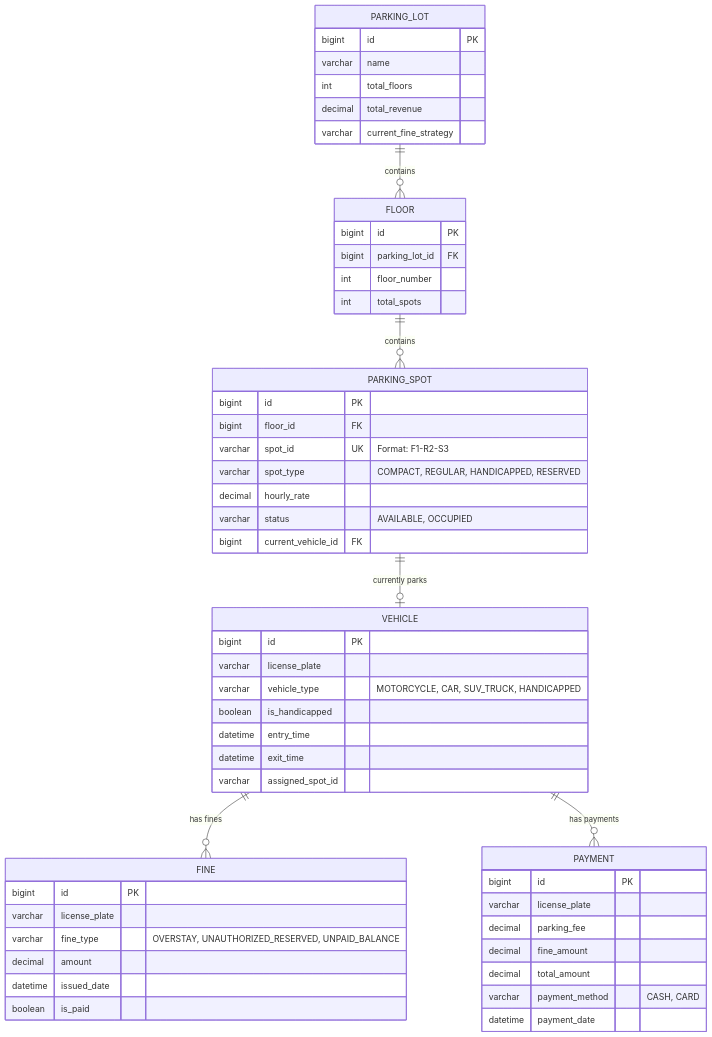
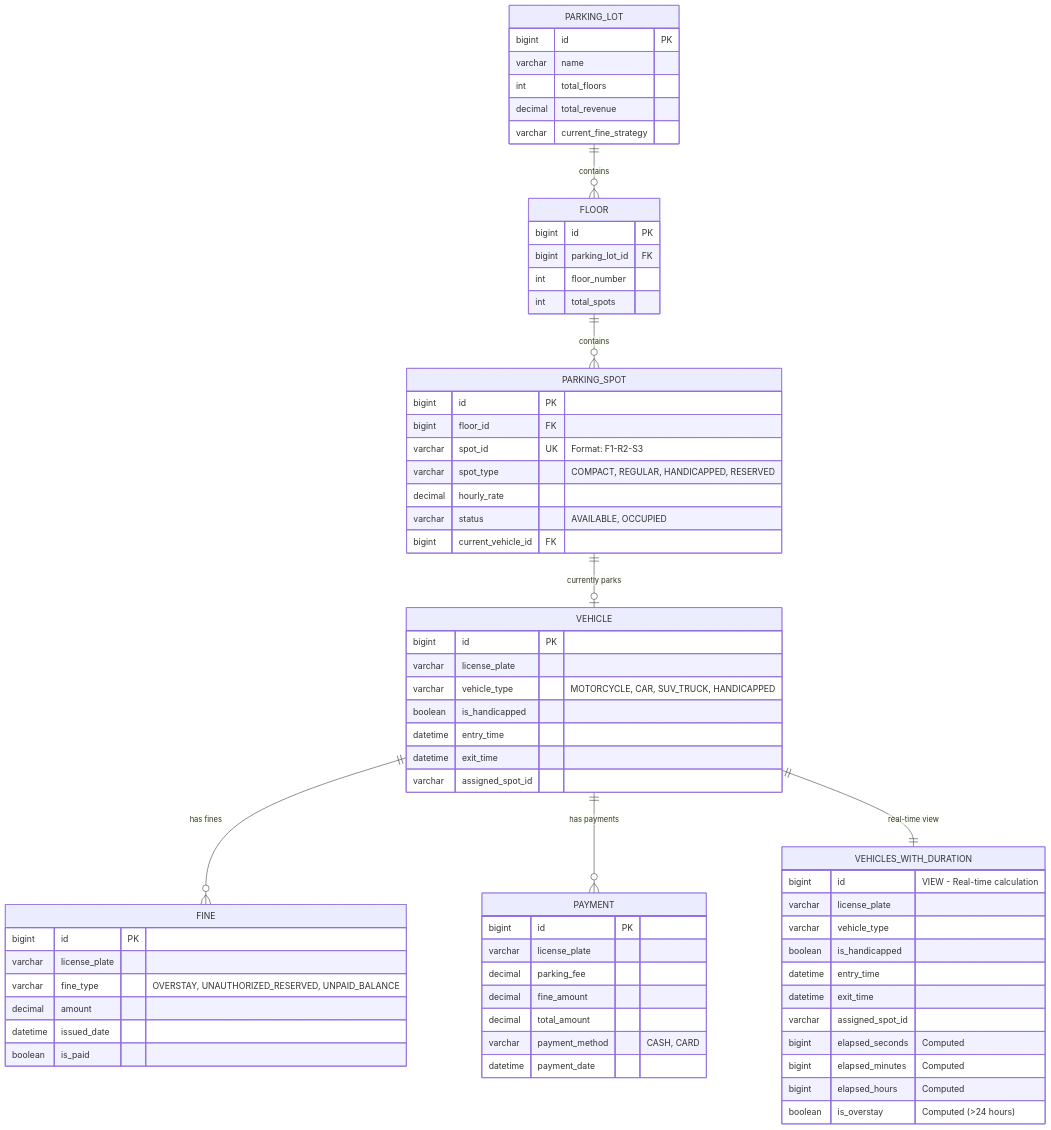
The tenth of 10 diagrams in UML_DIAGRAMS.md (Jinyuanmak/OOAD-Assignment), drawn with Mermaid before and after one commit. The commit also changed other lines of this file and 14 other files, not shown here.

````diff
--- a/UML_DIAGRAMS.md
+++ b/UML_DIAGRAMS.md
@@ -998,62 +1044,77 @@
 ```mermaid
 erDiagram
     PARKING_LOT ||--o{ FLOOR : contains
     FLOOR ||--o{ PARKING_SPOT : contains
     PARKING_SPOT ||--o| VEHICLE : "currently parks"
     VEHICLE ||--o{ FINE : "has fines"
     VEHICLE ||--o{ PAYMENT : "has payments"
+    VEHICLE ||--|| VEHICLES_WITH_DURATION : "real-time view"
 
     PARKING_LOT {
         bigint id PK
         varchar name
         int total_floors
         decimal total_revenue
         varchar current_fine_strategy
     }
 
     FLOOR {
         bigint id PK
         bigint parking_lot_id FK
         int floor_number
         int total_spots
     }
 
     PARKING_SPOT {
         bigint id PK
         bigint floor_id FK
         varchar spot_id UK "Format: F1-R2-S3"
         varchar spot_type "COMPACT, REGULAR, HANDICAPPED, RESERVED"
         decimal hourly_rate
         varchar status "AVAILABLE, OCCUPIED"
         bigint current_vehicle_id FK
     }
 
     VEHICLE {
         bigint id PK
         varchar license_plate
         varchar vehicle_type "MOTORCYCLE, CAR, SUV_TRUCK, HANDICAPPED"
         boolean is_handicapped
         datetime entry_time
         datetime exit_time
         varchar assigned_spot_id
     }
+    
+    VEHICLES_WITH_DURATION {
+        bigint id "VIEW - Real-time calculation"
+        varchar license_plate
+        varchar vehicle_type
+        boolean is_handicapped
+        datetime entry_time
+        datetime exit_time
+        varchar assigned_spot_id
+        bigint elapsed_seconds "Computed"
+        bigint elapsed_minutes "Computed"
+        bigint elapsed_hours "Computed"
+        boolean is_overstay "Computed (>24 hours)"
+    }
 
     FINE {
         bigint id PK
         varchar license_plate
         varchar fine_type "OVERSTAY, UNAUTHORIZED_RESERVED, UNPAID_BALANCE"
         decimal amount
         datetime issued_date
         boolean is_paid
     }
 
     PAYMENT {
         bigint id PK
         varchar license_plate
         decimal parking_fee
         decimal fine_amount
         decimal total_amount
         varchar payment_method "CASH, CARD"
         datetime payment_date
     }
 ```
````
